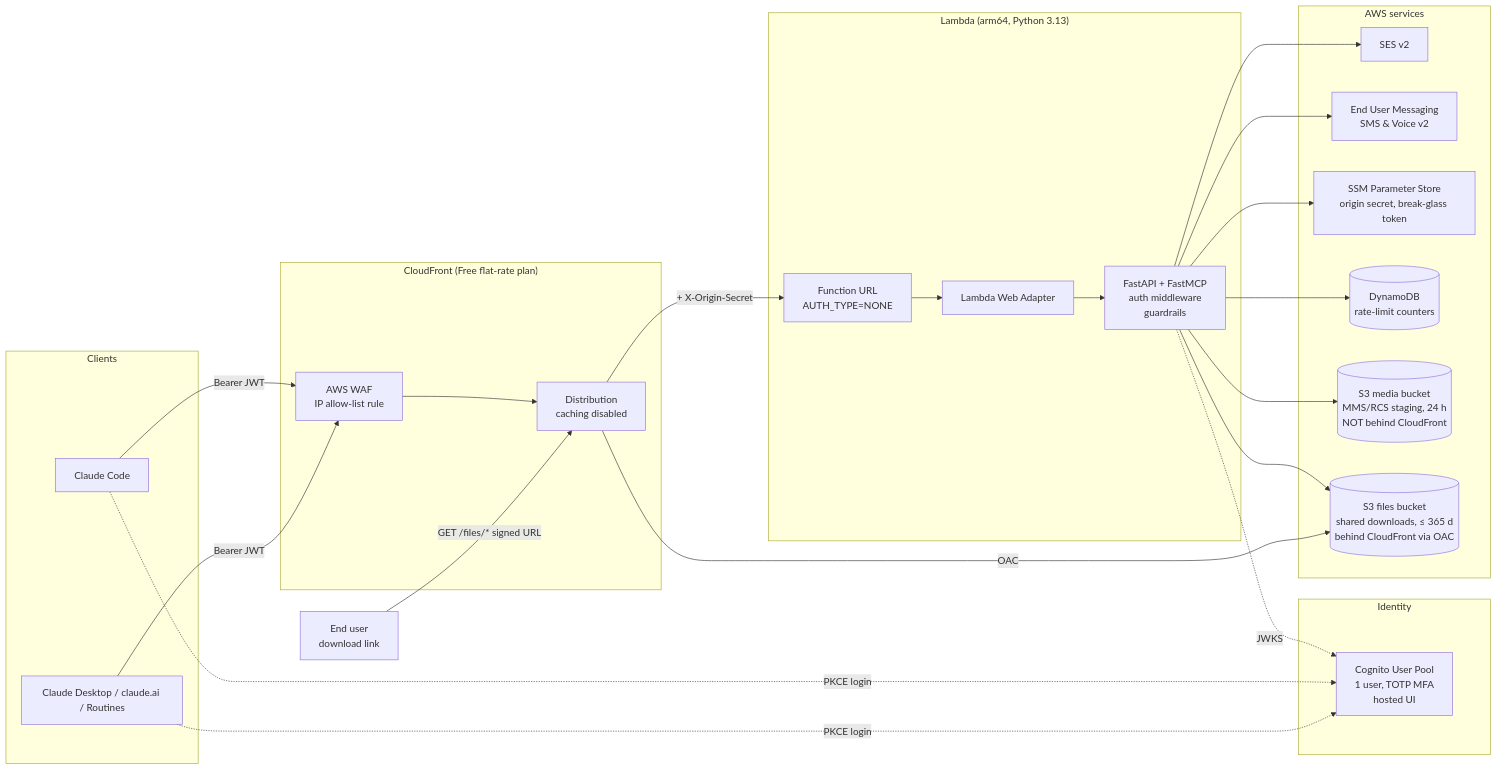
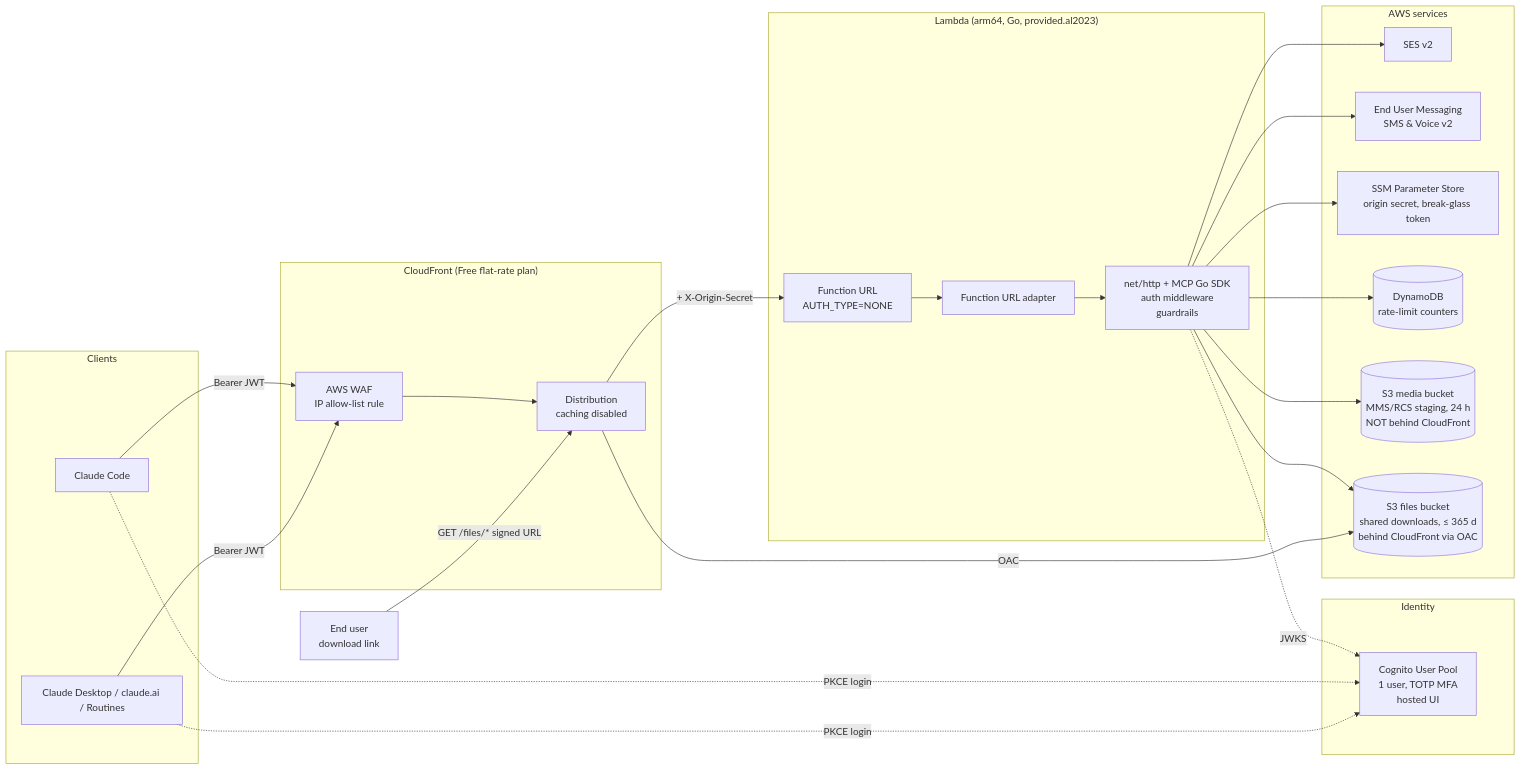
Before and after one commit to gesparza8138/aws-messaging-mcp: the first of 4 diagrams in docs/PRD.md, drawn with Mermaid. The commit also changed other lines of this file and 11 other files, not shown here.

````diff
--- a/docs/PRD.md
+++ b/docs/PRD.md
@@ -90,50 +90,50 @@
 ```mermaid
 flowchart LR
     subgraph Clients
         CC[Claude Code]
         CD[Claude Desktop / claude.ai / Routines]
     end
 
     subgraph Edge["CloudFront (Free flat-rate plan)"]
         WAF[AWS WAF<br/>IP allow-list rule]
         CF[Distribution<br/>caching disabled]
     end
 
-    subgraph Compute["Lambda (arm64, Python 3.13)"]
+    subgraph Compute["Lambda (arm64, Go, provided.al2023)"]
         FURL[Function URL<br/>AUTH_TYPE=NONE]
-        LWA[Lambda Web Adapter]
-        APP[FastAPI + FastMCP<br/>auth middleware<br/>guardrails]
+        LWA[Function URL adapter]
+        APP[net/http + MCP Go SDK<br/>auth middleware<br/>guardrails]
     end
 
     subgraph Identity
         COG[Cognito User Pool<br/>1 user, TOTP MFA<br/>hosted UI]
     end
 
     subgraph AWS["AWS services"]
         SES[SES v2]
         EUM[End User Messaging<br/>SMS & Voice v2]
         SSM[SSM Parameter Store<br/>origin secret, break-glass token]
         DDB[(DynamoDB<br/>rate-limit counters)]
         MEDIA[(S3 media bucket<br/>MMS/RCS staging, 24 h<br/>NOT behind CloudFront)]
         FILES[(S3 files bucket<br/>shared downloads, ≤ 365 d<br/>behind CloudFront via OAC)]
     end
 
     END[End user<br/>download link]
 
     CC -- Bearer JWT --> WAF
     CD -- Bearer JWT --> WAF
     WAF --> CF
     CF -- "+ X-Origin-Secret" --> FURL
     FURL --> LWA --> APP
     APP -. JWKS .-> COG
     CC -. PKCE login .-> COG
     CD -. PKCE login .-> COG
     APP --> SES
     APP --> EUM
     APP --> SSM
     APP --> DDB
     APP --> MEDIA
     APP --> FILES
     END -- "GET /files/* signed URL" --> CF
     CF -- OAC --> FILES
 ```
````
